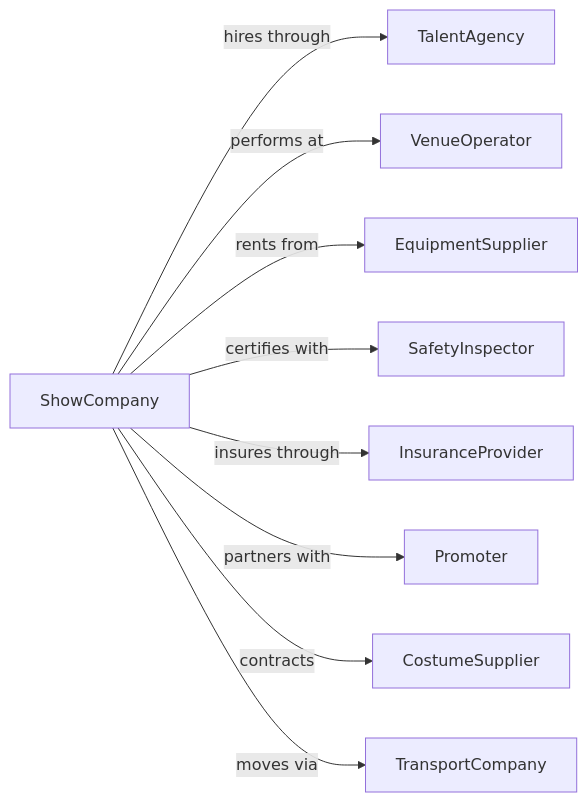
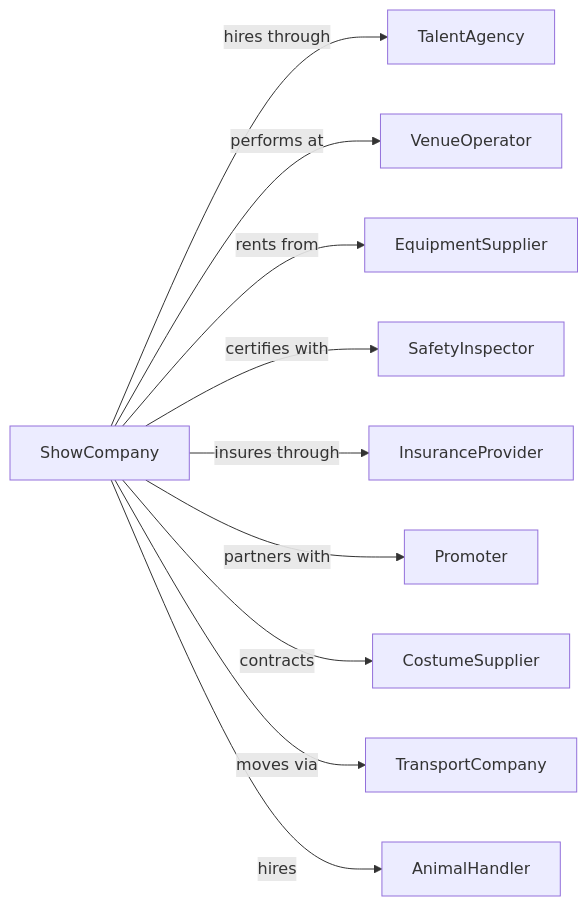
The second of 2 diagrams in Arts/PerformingArtsSpectatorSportsAndRelatedIndustries/PerformingArtsCompanies/OtherPerformingArtsCompanies.mdx (dot-org-ai/industries.org.ai), drawn with Mermaid before and after one commit. The commit also changed other lines of this file and 588 other files, not shown here.

````diff
--- a/Arts/PerformingArtsSpectatorSportsAndRelatedIndustries/PerformingArtsCompanies/OtherPerformingArtsCompanies.mdx
+++ b/Arts/PerformingArtsSpectatorSportsAndRelatedIndustries/PerformingArtsCompanies/OtherPerformingArtsCompanies.mdx
@@ -128,13 +128,14 @@
 ```mermaid
 graph LR
     S[ShowCompany]
 
     S -->|hires through| TalentAgency
     S -->|performs at| VenueOperator
     S -->|rents from| EquipmentSupplier
     S -->|certifies with| SafetyInspector
     S -->|insures through| InsuranceProvider
     S -->|partners with| Promoter
     S -->|contracts| CostumeSupplier
     S -->|moves via| TransportCompany
+    S -->|hires| AnimalHandler
 ```
````
